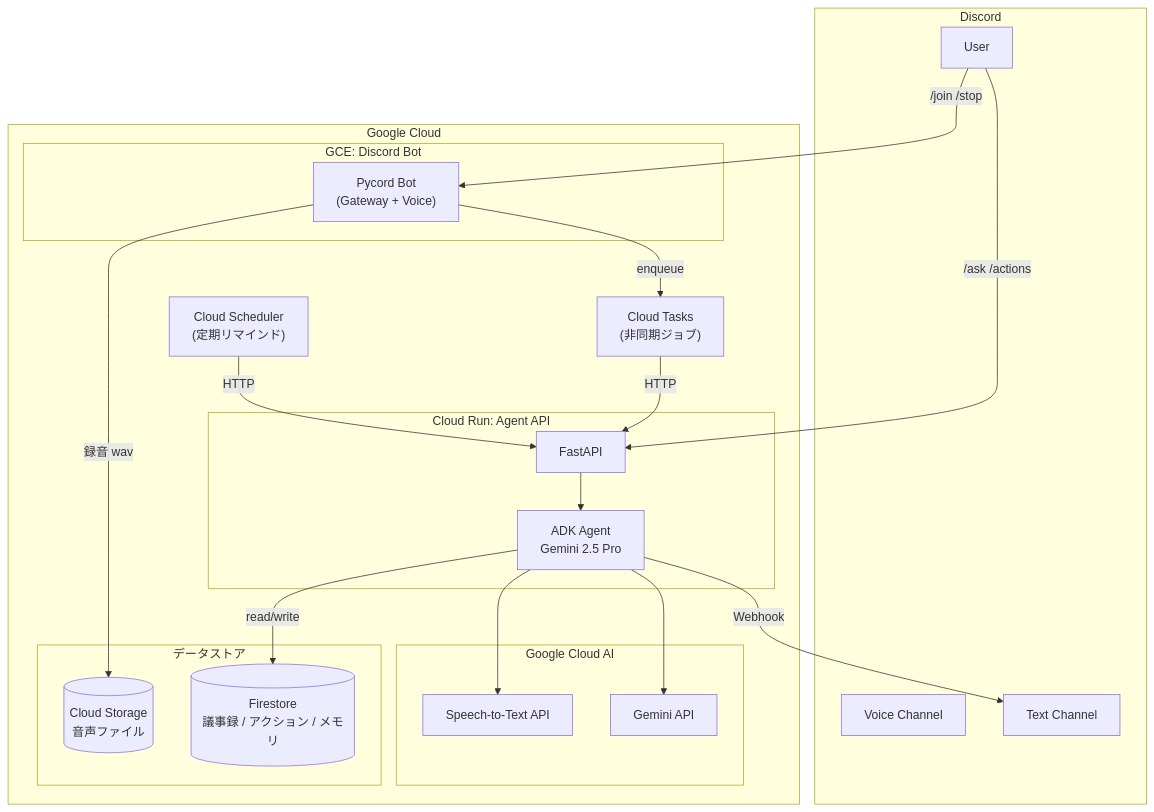
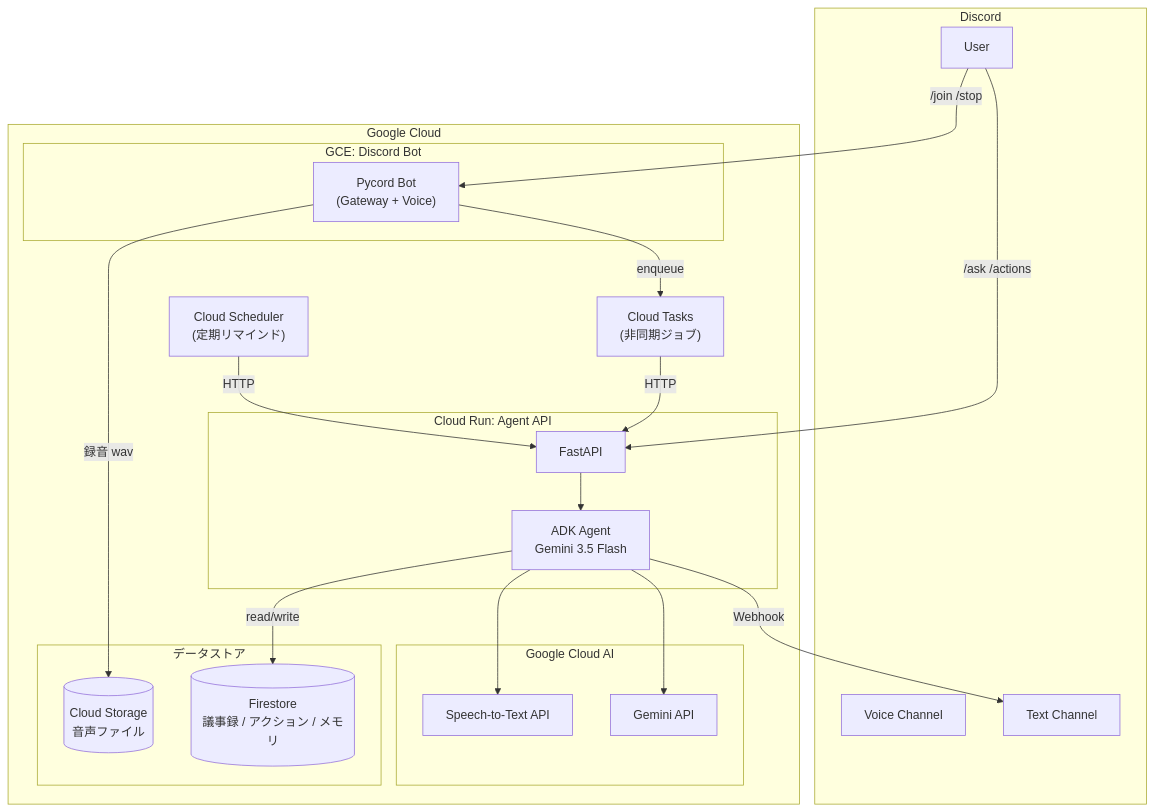
Before and after one commit to hinapupil/minutes-agent: the first of 7 diagrams in docs/design.md, drawn with Mermaid. The commit also changed other lines of this file and 1 other file, not shown here.

First line of the commit message:
docs: Gemini 3.5 Flash に更新 + User Flows を Mermaid 化

````diff
--- a/docs/design.md
+++ b/docs/design.md
@@ -51,44 +51,44 @@
 ```mermaid
 flowchart TB
     subgraph Discord
         User["User"]
         VC["Voice Channel"]
         TC["Text Channel"]
     end
 
     subgraph GCP["Google Cloud"]
         subgraph GCE["GCE: Discord Bot"]
             Bot["Pycord Bot<br/>(Gateway + Voice)"]
         end
 
         CT["Cloud Tasks<br/>(非同期ジョブ)"]
         CS["Cloud Scheduler<br/>(定期リマインド)"]
 
         subgraph CR["Cloud Run: Agent API"]
             API["FastAPI"]
-            ADK["ADK Agent<br/>Gemini 2.5 Pro"]
+            ADK["ADK Agent<br/>Gemini 3.5 Flash"]
         end
 
         subgraph AI["Google Cloud AI"]
             STT["Speech-to-Text API"]
             Gemini["Gemini API"]
         end
 
         subgraph Data["データストア"]
             GCS[("Cloud Storage<br/>音声ファイル")]
             FS[("Firestore<br/>議事録 / アクション / メモリ")]
         end
     end
 
     User -- "/join /stop" --> Bot
     User -- "/ask /actions" --> API
     Bot -- "録音 wav" --> GCS
     Bot -- "enqueue" --> CT
     CT -- "HTTP" --> API
     CS -- "HTTP" --> API
     API --> ADK
     ADK --> STT
     ADK --> Gemini
     ADK -- "read/write" --> FS
     ADK -- "Webhook" --> TC
 ```
````
